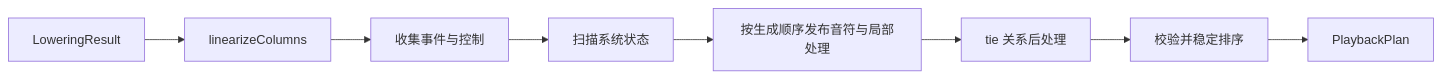
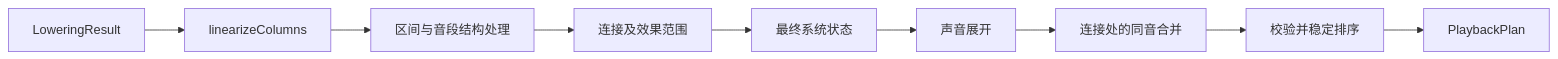
Before and after one commit to madderscientist/jpFun: the diagram in apps/docs/src/content/docs/docs/developer/playback.md, drawn with Mermaid. The commit also changed other lines of this file and 16 other files, not shown here.

````diff
--- a/apps/docs/src/content/docs/docs/developer/playback.md
+++ b/apps/docs/src/content/docs/docs/developer/playback.md
@@ -66,10 +66,11 @@
 ```mermaid
 flowchart LR
     L[LoweringResult] --> F[linearizeColumns]
-    F --> C[收集事件与控制]
-    C --> S[扫描系统状态]
-    S --> Q[按生成顺序发布音符与局部处理]
-    Q --> R[tie 关系后处理]
-    R --> V[校验并稳定排序]
+    F --> N[区间与音段结构处理]
+    N --> R[连接及效果范围]
+    R --> S[最终系统状态]
+    S --> E[声音展开]
+    E --> J[连接处的同音合并]
+    J --> V[校验并稳定排序]
     V --> P[PlaybackPlan]
 ```
````
